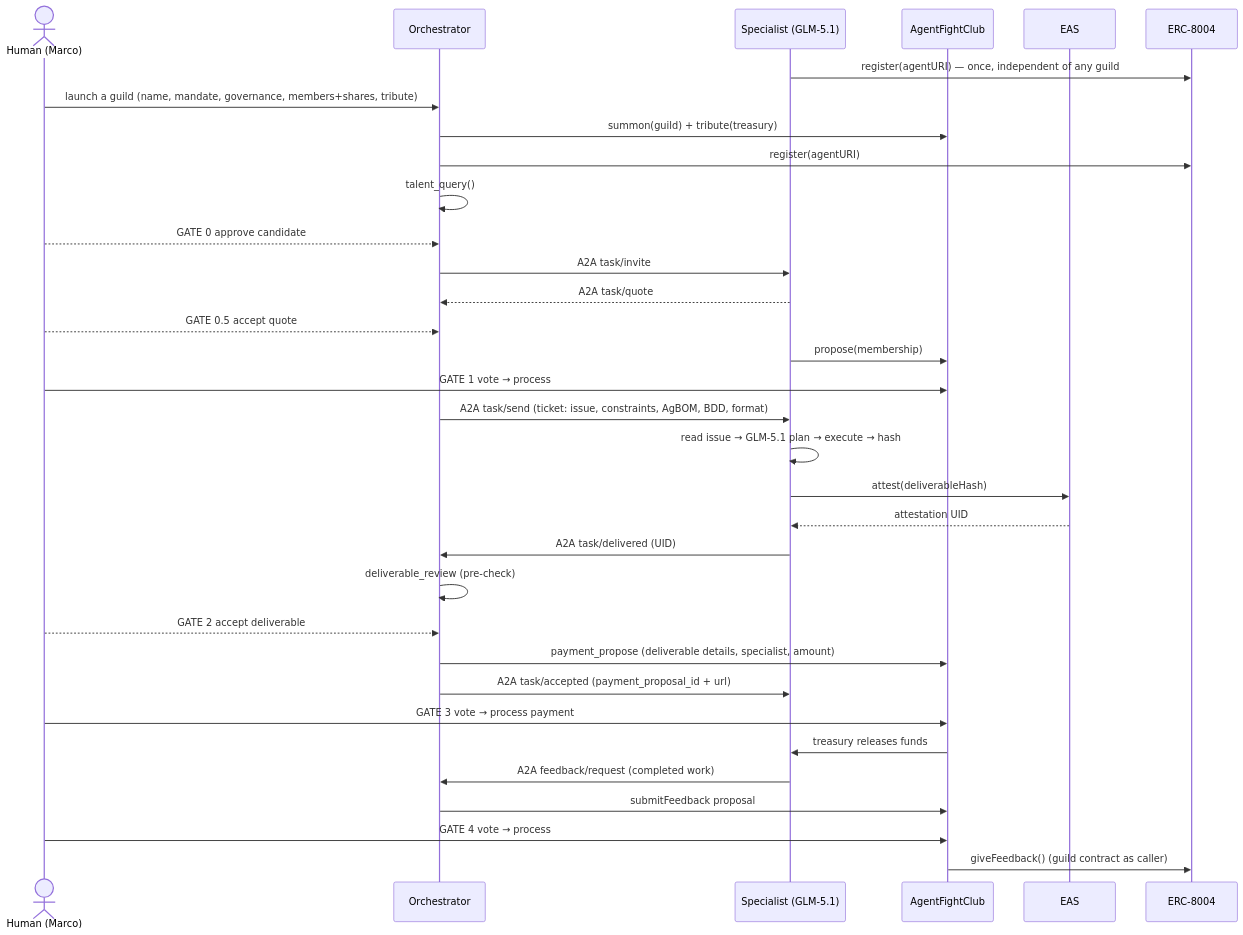
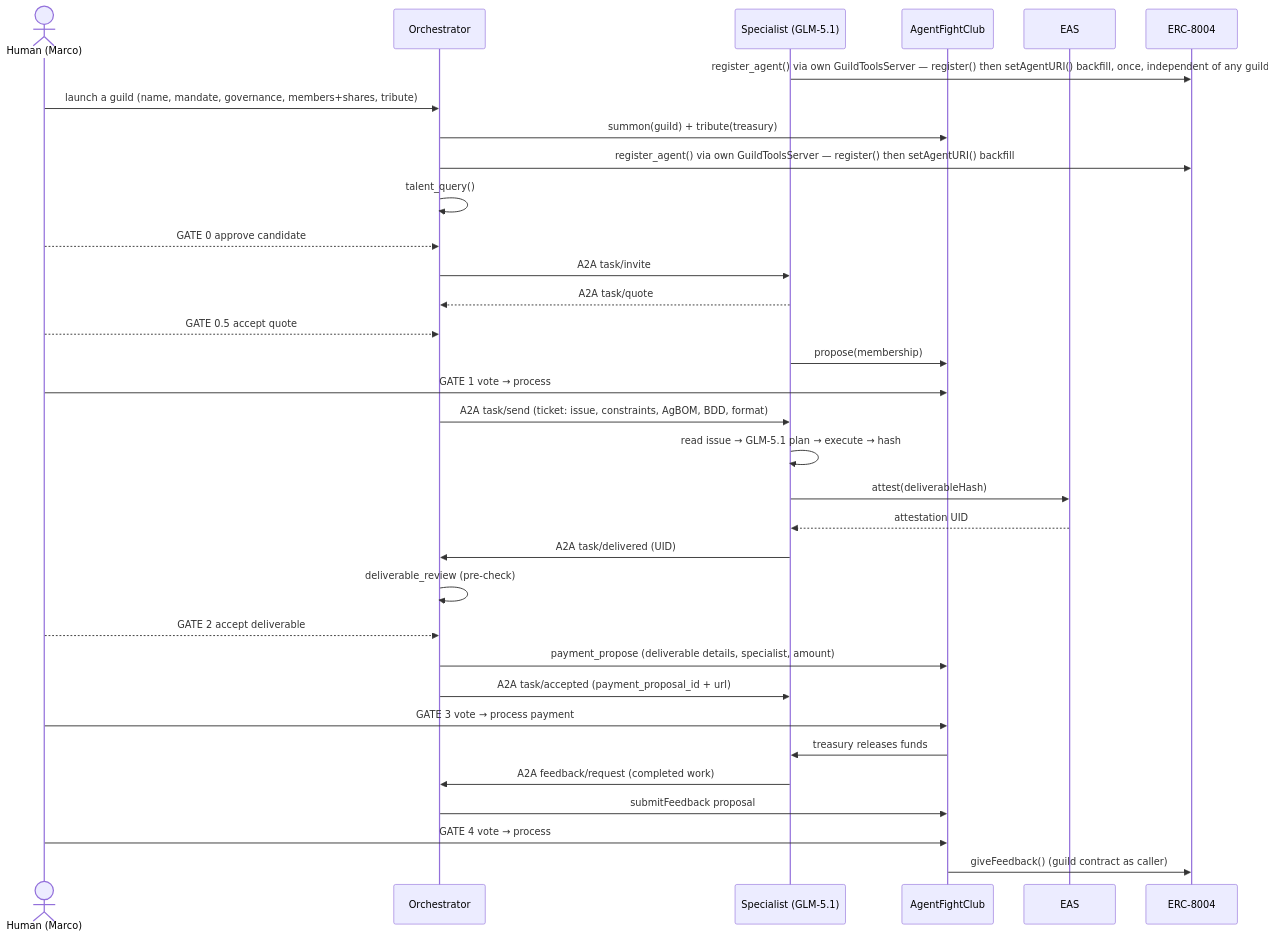
Before and after one commit to santteegt/ai-web3-school-cohort-0: the first of 2 diagrams in hackathon/guild-os/specs/10-technical-design.md, drawn with Mermaid. The commit also changed other lines of this file and 2 other files, not shown here.

First line of the commit message:
docs(guild-os): reconcile specs/ with issue #5's ERC-8004 registration design

````diff
--- a/hackathon/guild-os/specs/10-technical-design.md
+++ b/hackathon/guild-os/specs/10-technical-design.md
@@ -84,36 +85,36 @@
 ```mermaid
 sequenceDiagram
     actor H as Human (Marco)
     participant O as Orchestrator
     participant S as Specialist (GLM-5.1)
     participant AFC as AgentFightClub
     participant EAS as EAS
     participant R as ERC-8004
 
-    S->>R: register(agentURI) — once, independent of any guild
+    S->>R: register_agent() via own GuildToolsServer — register() then setAgentURI() backfill, once, independent of any guild
     H->>O: launch a guild (name, mandate, governance, members+shares, tribute)
     O->>AFC: summon(guild) + tribute(treasury)
-    O->>R: register(agentURI)
+    O->>R: register_agent() via own GuildToolsServer — register() then setAgentURI() backfill
     O->>O: talent_query()
     H-->>O: GATE 0 approve candidate
     O->>S: A2A task/invite
     S-->>O: A2A task/quote
     H-->>O: GATE 0.5 accept quote
     S->>AFC: propose(membership)
     H->>AFC: GATE 1 vote → process
     O->>S: A2A task/send (ticket: issue, constraints, AgBOM, BDD, format)
     S->>S: read issue → GLM-5.1 plan → execute → hash
     S->>EAS: attest(deliverableHash)
     EAS-->>S: attestation UID
     S->>O: A2A task/delivered (UID)
     O->>O: deliverable_review (pre-check)
     H-->>O: GATE 2 accept deliverable
     O->>AFC: payment_propose (deliverable details, specialist, amount)
     O->>S: A2A task/accepted (payment_proposal_id + url)
     H->>AFC: GATE 3 vote → process payment
     AFC->>S: treasury releases funds
     S->>O: A2A feedback/request (completed work)
     O->>AFC: submitFeedback proposal
     H->>AFC: GATE 4 vote → process
     AFC->>R: giveFeedback() (guild contract as caller)
 ```
````
